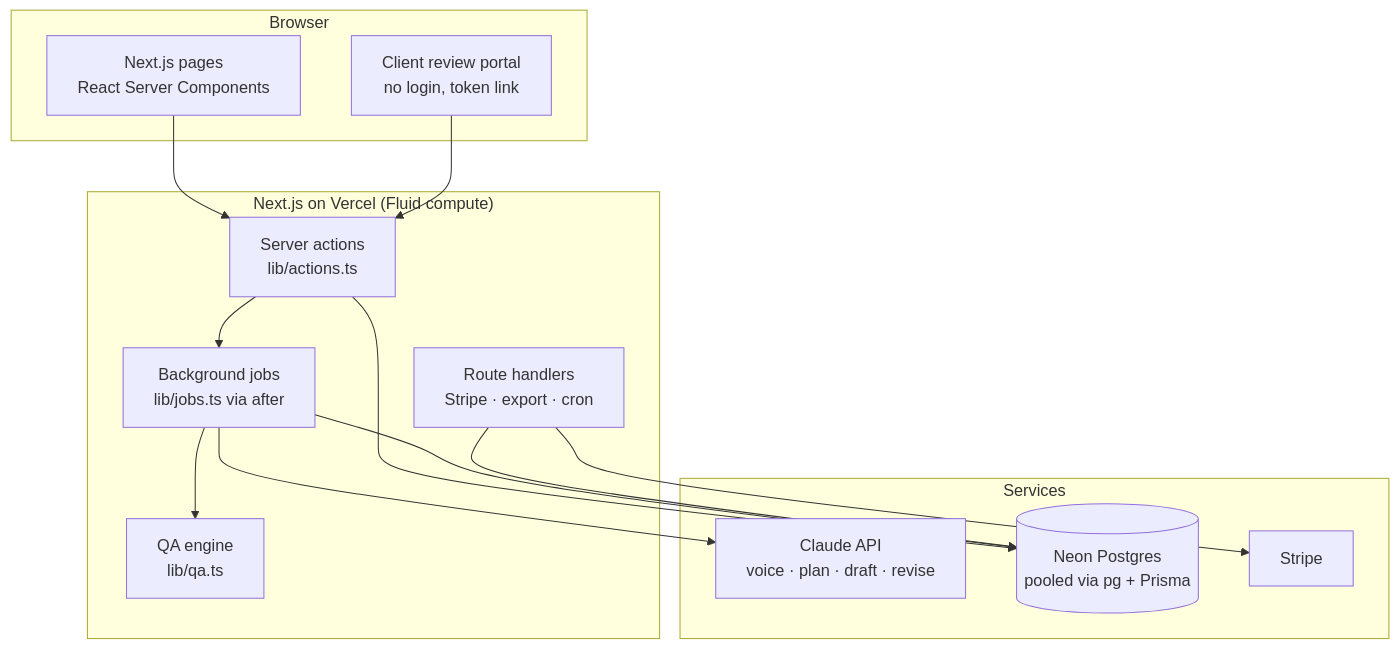
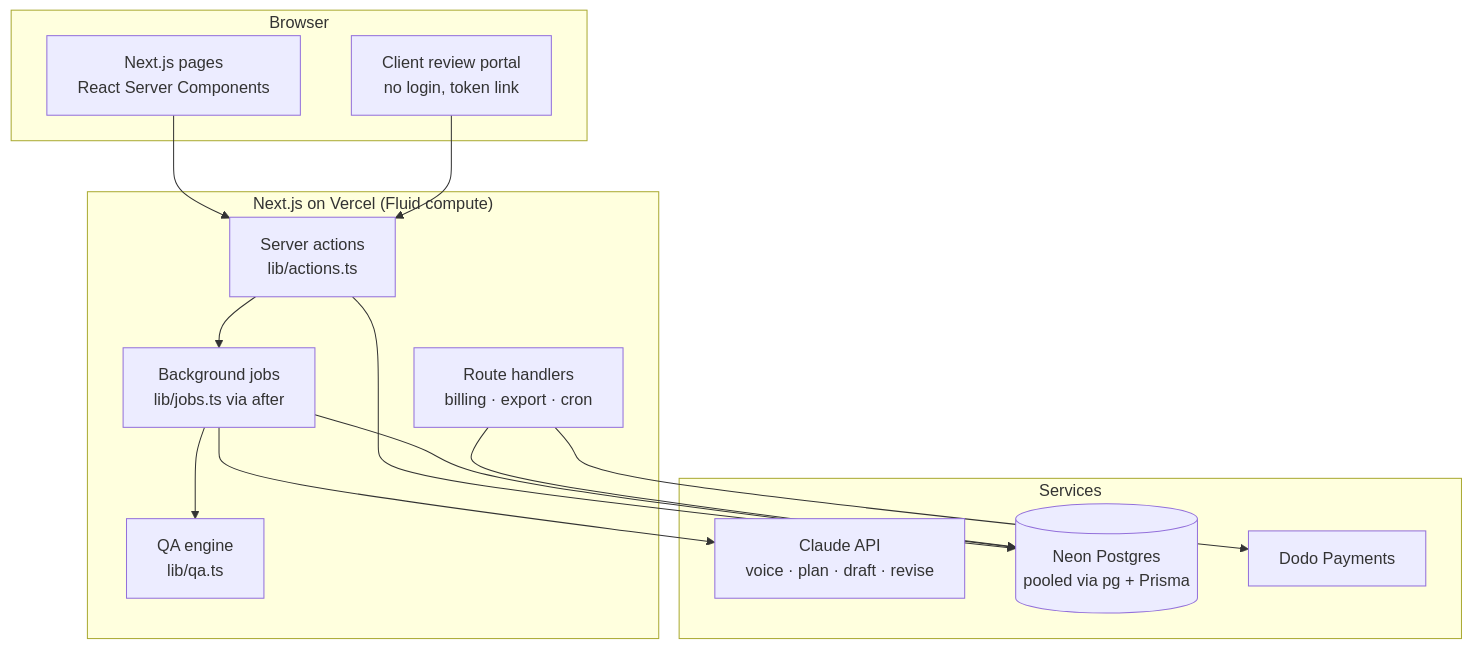
One commit to Vpcodes11/LeadLoom changed the third of 3 diagrams in README.md. Above: the diagram before and after it, drawn with Mermaid. The commit also changed other lines of this file and 22 other files, not shown here.

First line of the commit message:
Switch billing from Stripe to Dodo Payments

````diff
--- a/README.md
+++ b/README.md
@@ -261,27 +262,27 @@
 ```mermaid
 flowchart TB
     subgraph Browser
       UI[Next.js pages<br/>React Server Components]
       Portal[Client review portal<br/>no login, token link]
     end
     subgraph Vercel["Next.js on Vercel (Fluid compute)"]
       SA[Server actions<br/>lib/actions.ts]
       Q[Background jobs<br/>lib/jobs.ts via after]
       QA[QA engine<br/>lib/qa.ts]
-      API[Route handlers<br/>Stripe · export · cron]
+      API[Route handlers<br/>billing · export · cron]
     end
     subgraph Services
       Claude[Claude API<br/>voice · plan · draft · revise]
       Neon[(Neon Postgres<br/>pooled via pg + Prisma)]
-      Stripe[Stripe]
+      Dodo[Dodo Payments]
     end
     UI --> SA
     Portal --> SA
     SA --> Q
     Q --> Claude
     Q --> QA
     SA --> Neon
     Q --> Neon
-    API --> Stripe
+    API --> Dodo
     API --> Neon
 ```
````
